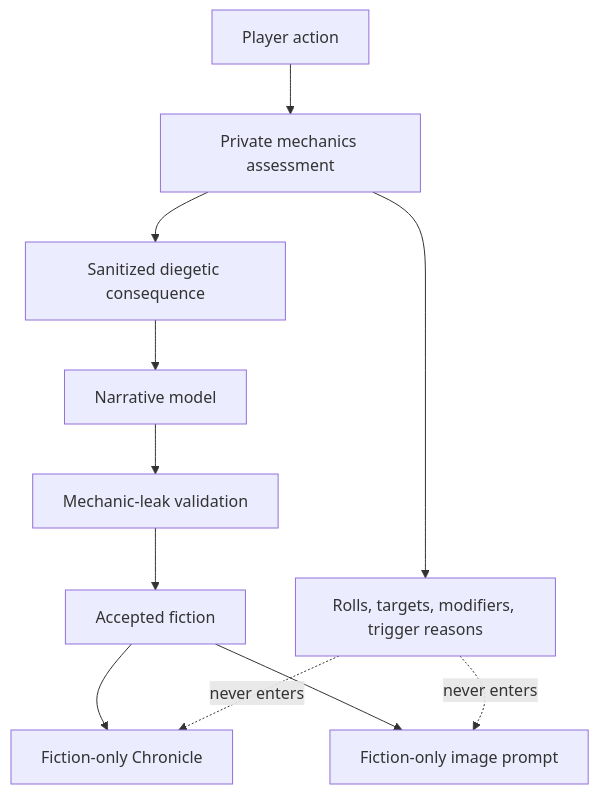
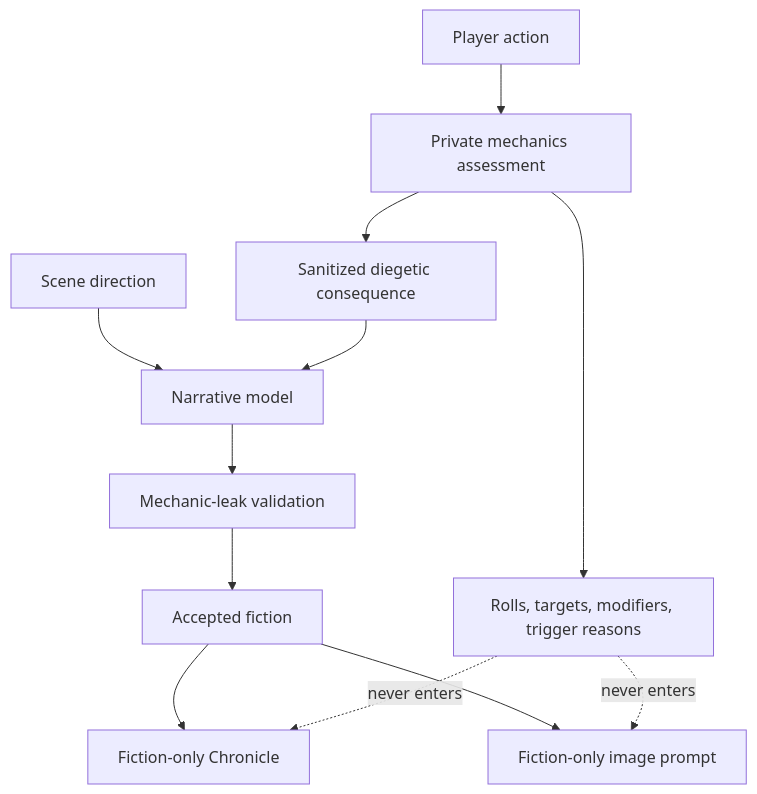
One commit to cmacnichol/infinite-quest-nexus changed the diagram in docs/concepts/mechanics-and-fiction-separation.md. Above: the diagram before and after it, drawn with Mermaid. The commit also changed other lines of this file and 52 other files, not shown here.

````diff
--- a/docs/concepts/mechanics-and-fiction-separation.md
+++ b/docs/concepts/mechanics-and-fiction-separation.md
@@ -5,13 +5,14 @@
 ```mermaid
 flowchart TD
   Action["Player action"] --> Mechanics["Private mechanics assessment"]
+  Scene["Scene direction"] --> Narrative["Narrative model"]
   Mechanics --> Private["Rolls, targets, modifiers, trigger reasons"]
   Mechanics --> Outcome["Sanitized diegetic consequence"]
   Outcome --> Narrative["Narrative model"]
   Narrative --> Validation["Mechanic-leak validation"]
   Validation --> Fiction["Accepted fiction"]
   Fiction --> Chronicle["Fiction-only Chronicle"]
   Fiction --> ImagePrompt["Fiction-only image prompt"]
   Private -. "never enters" .-> Chronicle
   Private -. "never enters" .-> ImagePrompt
 ```
````
